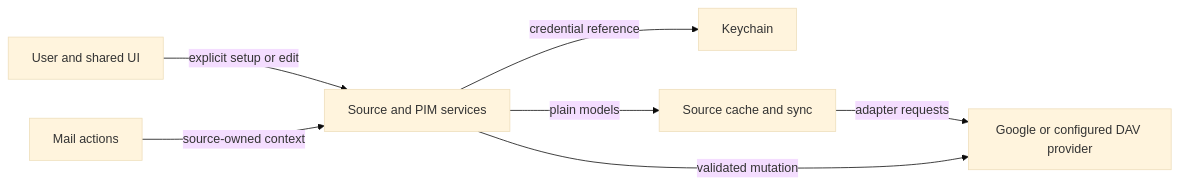
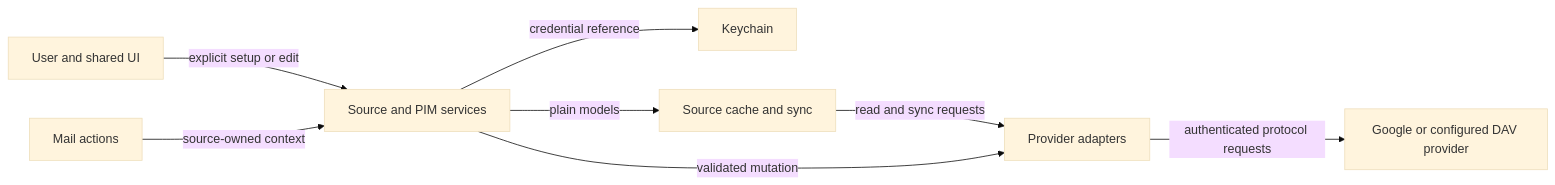
The diagram in ADRs/0072-provider-neutral-calendar-contact-authoring.md (henrikogaard/brev), drawn with Mermaid (base theme) before and after one commit. The commit also changed other lines of this file and 1 other file, not shown here.

Commit message:
docs(adr): clarify adapter routing and source grant removal

````diff
--- a/ADRs/0072-provider-neutral-calendar-contact-authoring.md
+++ b/ADRs/0072-provider-neutral-calendar-contact-authoring.md
@@ -85,9 +85,10 @@
 ```mermaid
 flowchart LR
     U[User and shared UI] -->|explicit setup or edit| S[Source and PIM services]
     M[Mail actions] -->|source-owned context| S
     S -->|credential reference| K[Keychain]
     S -->|plain models| C[Source cache and sync]
-    C -->|adapter requests| P[Google or configured DAV provider]
-    S -->|validated mutation| P
+    C -->|read and sync requests| A[Provider adapters]
+    S -->|validated mutation| A
+    A -->|authenticated protocol requests| P[Google or configured DAV provider]
 ```
````
